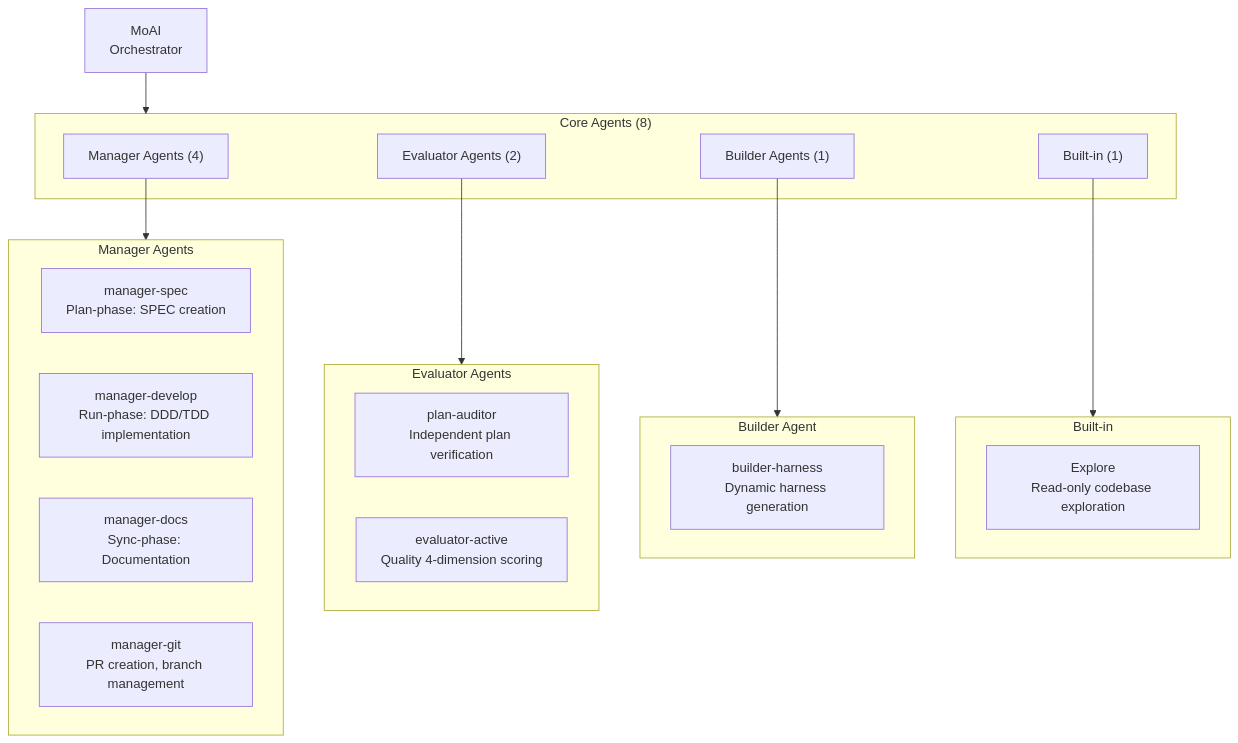
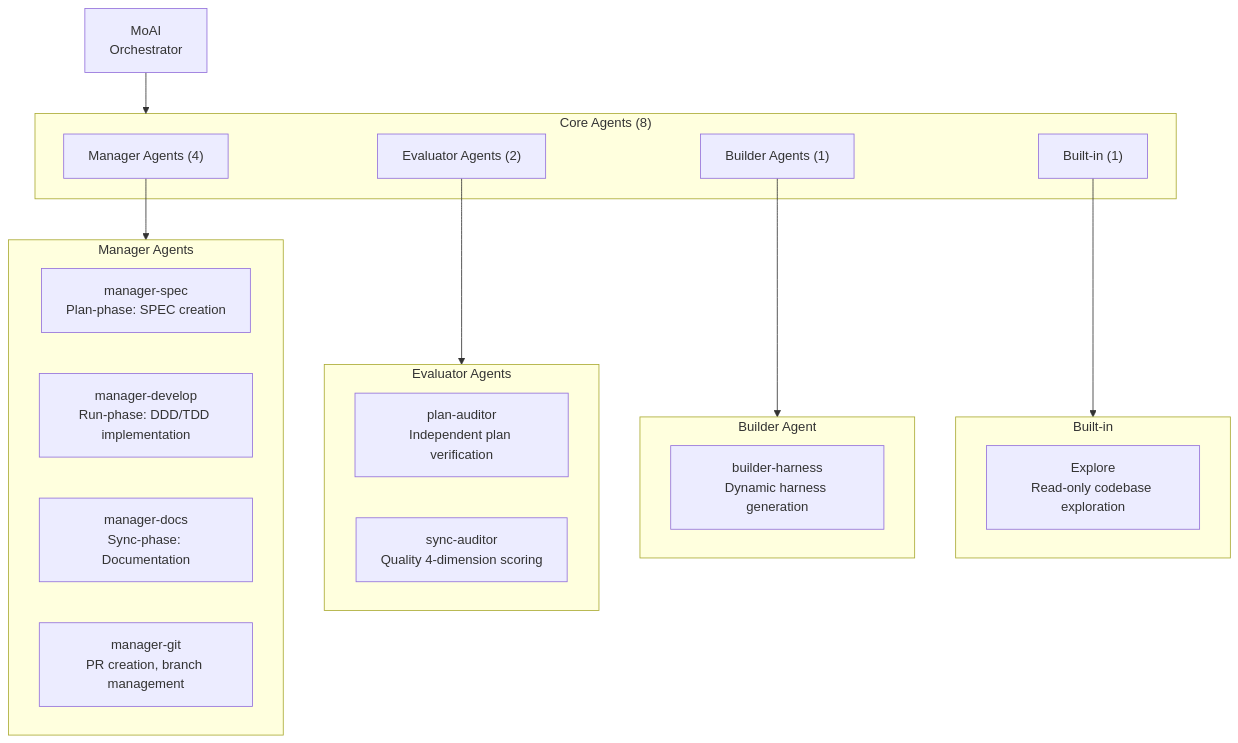
The second of 4 diagrams in docs-site/content/en/advanced/agent-guide.md (modu-ai/moai-adk), drawn with Mermaid before and after one commit. The commit also changed other lines of this file and 149 other files, not shown here.

First line of the commit message:
chore(agents): evaluator-active를 sync-auditor로 rename (plan-auditor phase 대칭)

````diff
--- a/docs-site/content/en/advanced/agent-guide.md
+++ b/docs-site/content/en/advanced/agent-guide.md
@@ -59,37 +59,37 @@
 ```mermaid
 flowchart TD
     MOAI["MoAI<br/>Orchestrator"]
 
     subgraph CORE["Core Agents (8)"]
         MANAGER["Manager Agents (4)"]
         EVAL["Evaluator Agents (2)"]
         BUILDER["Builder Agents (1)"]
         EXPLORE["Built-in (1)"]
     end
 
     subgraph MANAGERAGENTS["Manager Agents"]
         MS["manager-spec<br/>Plan-phase: SPEC creation"]
         MD["manager-develop<br/>Run-phase: DDD/TDD implementation"]
         MDOC["manager-docs<br/>Sync-phase: Documentation"]
         MG["manager-git<br/>PR creation, branch management"]
     end
 
     subgraph EVALS["Evaluator Agents"]
         PA["plan-auditor<br/>Independent plan verification"]
-        EA["evaluator-active<br/>Quality 4-dimension scoring"]
+        EA["sync-auditor<br/>Quality 4-dimension scoring"]
     end
 
     subgraph BUILDERS["Builder Agent"]
         BH["builder-harness<br/>Dynamic harness generation"]
     end
 
     subgraph EXPLOREAGENT["Built-in"]
         EXP["Explore<br/>Read-only codebase exploration"]
     end
 
     MOAI --> CORE
     MANAGER --> MANAGERAGENTS
     EVAL --> EVALS
     BUILDER --> BUILDERS
     EXPLORE --> EXPLOREAGENT
 ```
````
